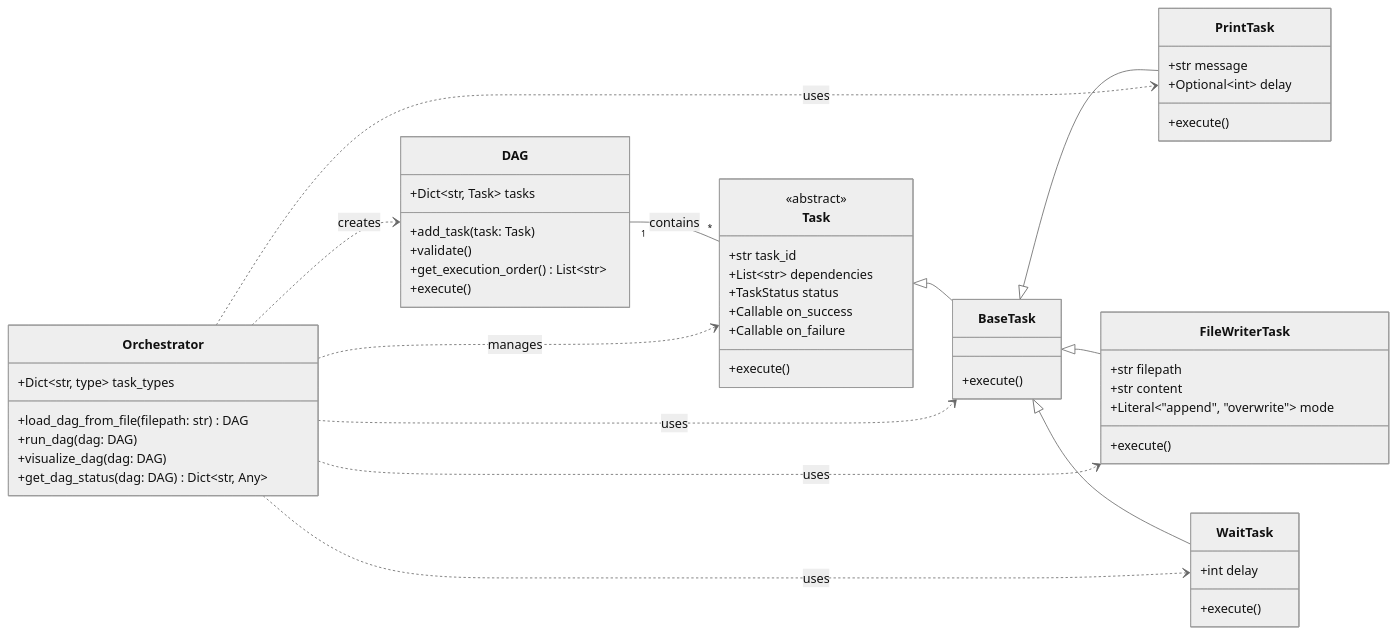
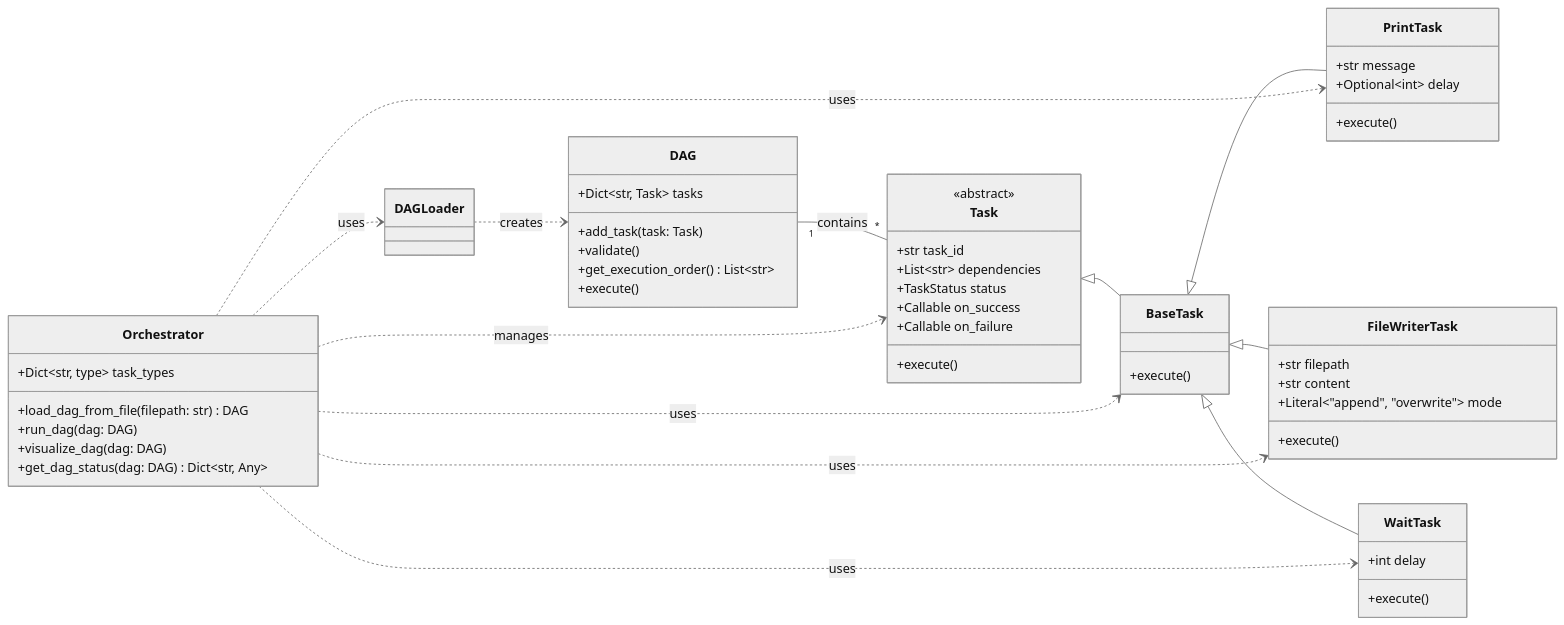
Before and after one commit to miciav/maestro: the diagram in README.md, drawn with Mermaid (neutral theme). The commit also changed other lines of this file, not shown here.

Commit message:
Update README.md with new installation, usage, testing, and class diagram details.

````diff
--- a/README.md
+++ b/README.md
@@ -98,63 +98,64 @@
 ```mermaid
 classDiagram
     direction LR
     class Task {
         <<abstract>>
         +str task_id
         +List~str~ dependencies
         +TaskStatus status
         +Callable on_success
         +Callable on_failure
         +execute()
     }
 
     class BaseTask {
         +execute()
     }
 
     class PrintTask {
         +str message
         +Optional~int~ delay
         +execute()
     }
 
     class FileWriterTask {
         +str filepath
         +str content
         +Literal~"append", "overwrite"~ mode
         +execute()
     }
 
     class WaitTask {
         +int delay
         +execute()
     }
 
     class DAG {
         +Dict~str, Task~ tasks
         +add_task(task: Task)
         +validate()
         +get_execution_order() List~str~
         +execute()
     }
 
     class Orchestrator {
         +Dict~str, type~ task_types
         +load_dag_from_file(filepath: str) DAG
         +run_dag(dag: DAG)
         +visualize_dag(dag: DAG)
         +get_dag_status(dag: DAG) Dict~str, Any~
     }
 
     Task <|-- BaseTask
     BaseTask <|-- PrintTask
     BaseTask <|-- FileWriterTask
     BaseTask <|-- WaitTask
     DAG "1" -- "*" Task : contains
-    Orchestrator ..> DAG : creates
+    Orchestrator ..> DAGLoader : uses
+    DAGLoader ..> DAG : creates
     Orchestrator ..> Task : manages
     Orchestrator ..> BaseTask : uses
     Orchestrator ..> PrintTask : uses
     Orchestrator ..> FileWriterTask : uses
     Orchestrator ..> WaitTask : uses
 ```
````
